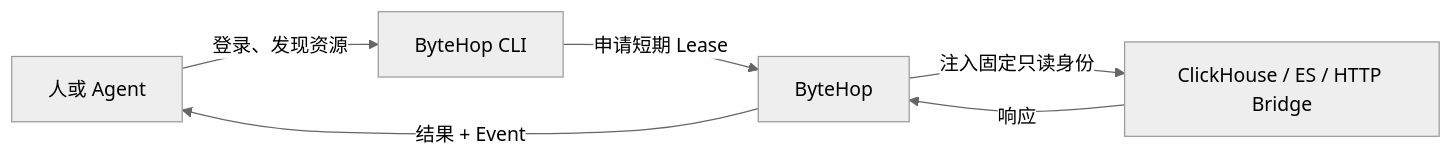
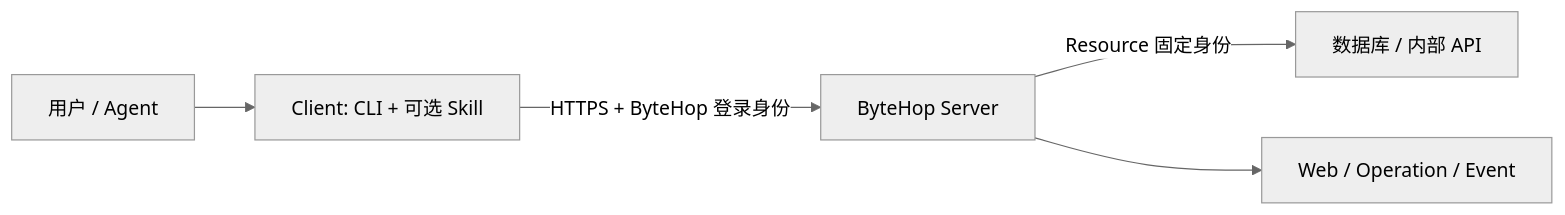
The diagram in content/docs/index.mdx (rayui-lab/bytehop-docs), drawn with Mermaid (neutral theme) before and after one commit. The commit also changed other lines of this file and 50 other files, not shown here.

Commit message:
release: prepare ByteHop v0.1.1

````diff
--- a/content/docs/index.mdx
+++ b/content/docs/index.mdx
@@ -10,8 +8,7 @@
 ```mermaid
 flowchart LR
-  A[人或 Agent] -->|登录、发现资源| B[ByteHop CLI]
-  B -->|申请短期 Lease| G[ByteHop]
-  G -->|注入固定只读身份| R[ClickHouse / ES / HTTP Bridge]
-  R -->|响应| G
-  G -->|结果 + Event| A
+  U[用户 / Agent] --> C[Client: CLI + 可选 Skill]
+  C -->|HTTPS + ByteHop 登录身份| S[ByteHop Server]
+  S -->|Resource 固定身份| R[数据库 / 内部 API]
+  S --> E[Web / Operation / Event]
 ```
````
